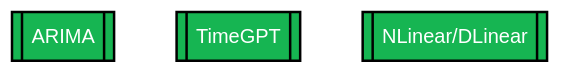
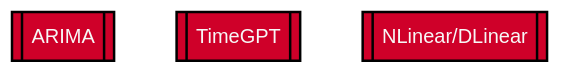
The third of 4 diagrams in labels.md (acatlin/mermaid), drawn with Mermaid before and after one commit. The commit also changed other lines of this file, not shown here.

````diff
--- a/labels.md
+++ b/labels.md
@@ -38,16 +39,17 @@
 ```mermaid
 
 graph TD
 
   %% Colors %%
   classDef blue fill:#2374f7,stroke:#000,stroke-width:2px,color:#fff
   classDef orange fill:#fc822b,stroke:#000,stroke-width:2px,color:#fff
   classDef green fill:#16b552,stroke:#000,stroke-width:2px,color:#fff
   classDef red fill:#ed2633,stroke:#000,stroke-width:2px,color:#fff
   classDef magenta fill:magenta,stroke:#000,stroke-width:2px,color:#fff
+  classDef s_p fill:#cf0029,stroke:#000,stroke-width:2px,color:#f7f7f7
 
-  A3[[ARIMA]]:::green
-  B3[[TimeGPT]]:::green
-  C3[[NLinear/DLinear]]:::green
+  A3[[ARIMA]]:::s_p
+  B3[[TimeGPT]]:::s_p
+  C3[[NLinear/DLinear]]:::s_p
 
 ```
````
